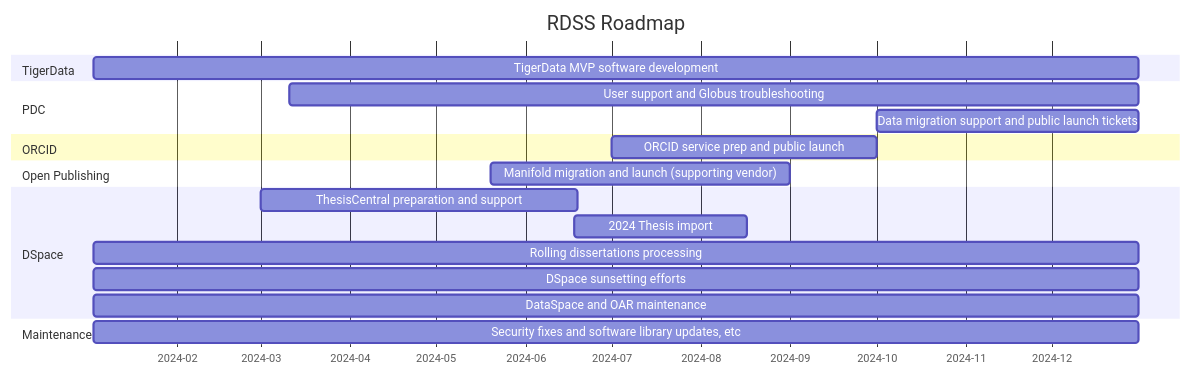
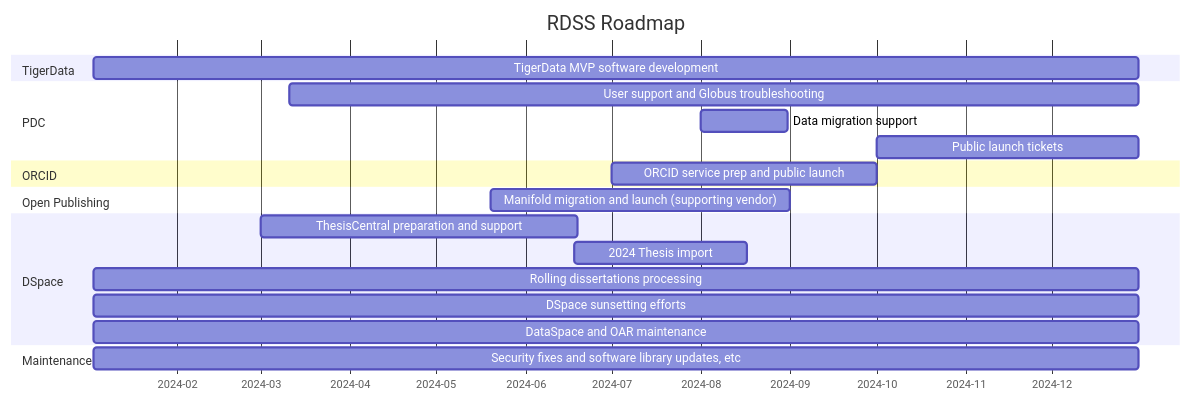
One commit to pulibrary/rdss-handbook changed the diagram in roadmap.md. Above: the diagram before and after it, drawn with Mermaid.

Commit message:
Added PDC migration troubleshooting

````diff
--- a/roadmap.md
+++ b/roadmap.md
@@ -5,23 +5,24 @@
 ```mermaid
 gantt
     title RDSS Roadmap
     axisFormat  %Y-%m
     dateformat YYYY-MM
     section TigerData
     TigerData MVP software development: td1,2024-01-03,363d
     section PDC
     User support and Globus troubleshooting: pd1,2024-03-11,295d
-    Data migration support and public launch tickets: pd2,2024-10-01,91d
+    Data migration support: pd2, 2024-08-01,30d
+    Public launch tickets: pd3,2024-10-01,91d
     section ORCID
     ORCID service prep and public launch: or1,2024-07-01,92d
     section Open Publishing
     Manifold migration and launch (supporting vendor): op1,2024-05-20,104d
     section DSpace
     ThesisCentral preparation and support: dsp1,2024-03-01,110d
     2024 Thesis import: dsp2,2024-06-18,60d
     Rolling dissertations processing: dsp3,2024-01-03,363d
     DSpace sunsetting efforts: dsp4,2024-01-03,363d
     DataSpace and OAR maintenance: dsp5,2024-01-03,363d
     section Maintenance
     Security fixes and software library updates, etc: man1,2024-01-03,363d
 ```
````
